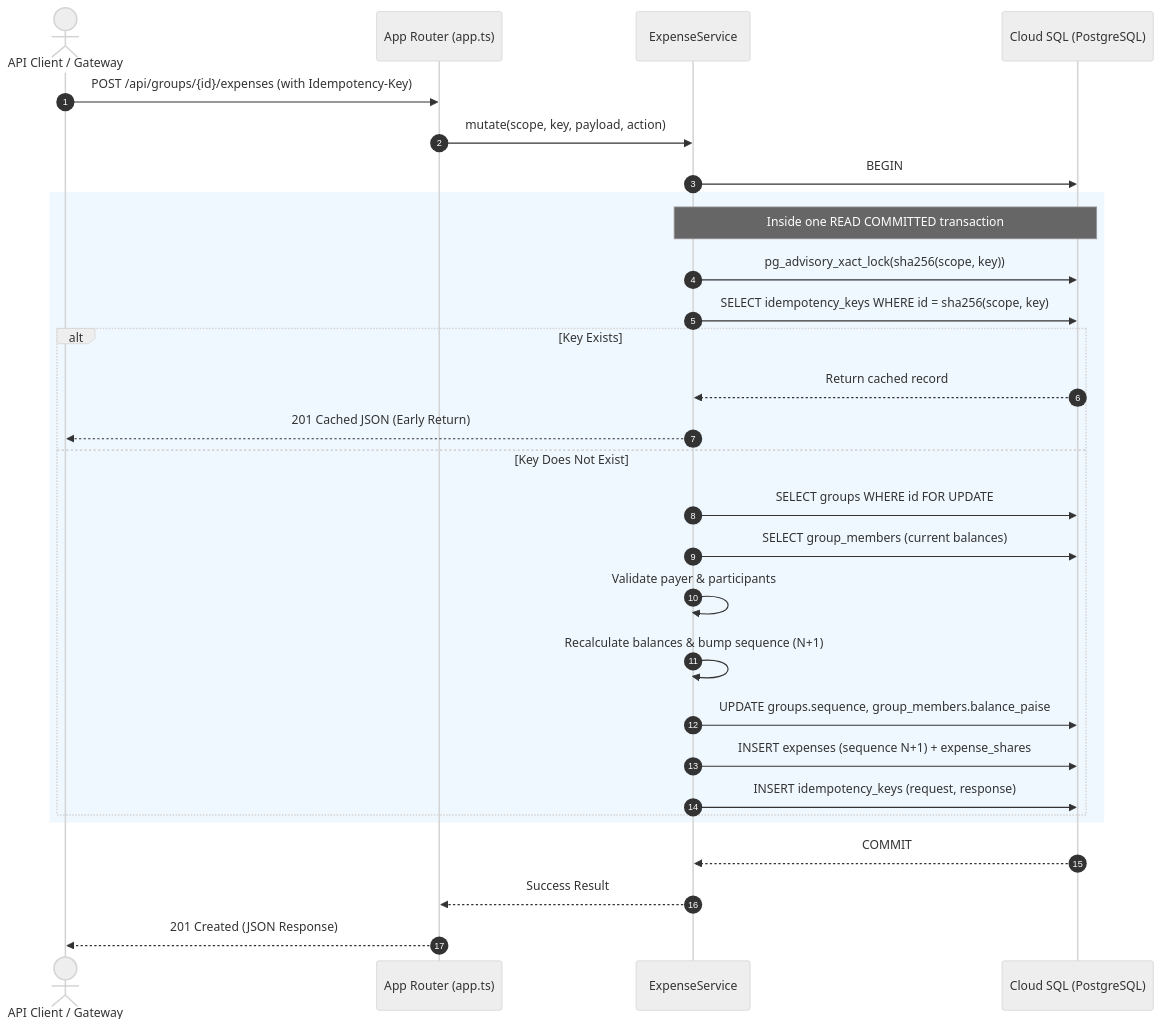
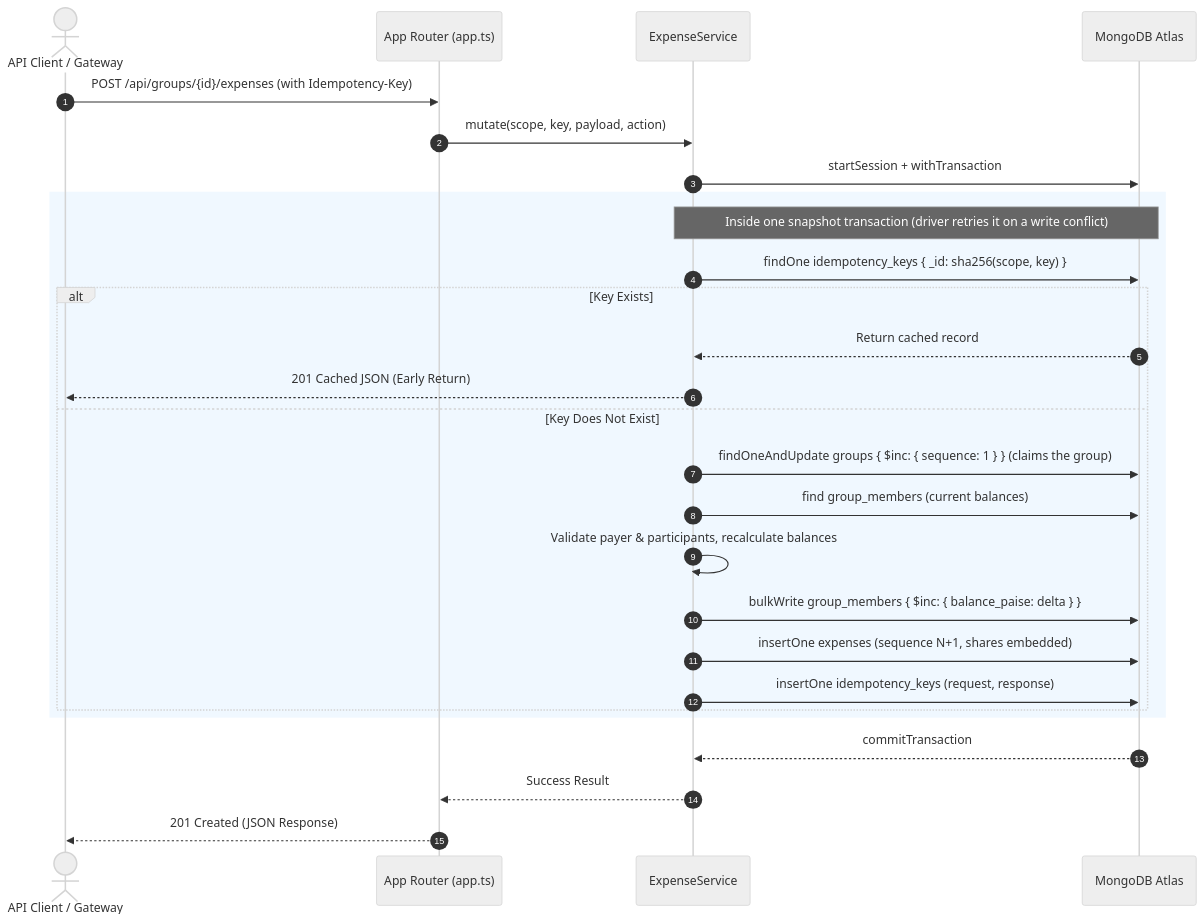
The third of 3 diagrams in backend/docs/expenses-architecture.md (sourabhbagrecha/ghoomMates), drawn with Mermaid (neutral theme) before and after one commit. The commit also changed other lines of this file and 108 other files, not shown here.

First line of the commit message:
feat: move the database from Cloud SQL Postgres to MongoDB Atlas

````diff
--- a/backend/docs/expenses-architecture.md
+++ b/backend/docs/expenses-architecture.md
@@ -154,34 +153,32 @@
 ```mermaid
 sequenceDiagram
     autonumber
     actor Client as API Client / Gateway
     participant Router as App Router (app.ts)
     participant Service as ExpenseService
-    participant DB as Cloud SQL (PostgreSQL)
+    participant DB as MongoDB Atlas
 
     Client->>Router: POST /api/groups/{id}/expenses (with Idempotency-Key)
     Router->>Service: mutate(scope, key, payload, action)
-    Service->>DB: BEGIN
+    Service->>DB: startSession + withTransaction
 
     rect rgb(240, 248, 255)
-        Note over Service,DB: Inside one READ COMMITTED transaction
-        Service->>DB: pg_advisory_xact_lock(sha256(scope, key))
-        Service->>DB: SELECT idempotency_keys WHERE id = sha256(scope, key)
+        Note over Service,DB: Inside one snapshot transaction (driver retries it on a write conflict)
+        Service->>DB: findOne idempotency_keys { _id: sha256(scope, key) }
         alt Key Exists
             DB-->>Service: Return cached record
             Service-->>Client: 201 Cached JSON (Early Return)
         else Key Does Not Exist
-            Service->>DB: SELECT groups WHERE id FOR UPDATE
-            Service->>DB: SELECT group_members (current balances)
-            Service->>Service: Validate payer & participants
-            Service->>Service: Recalculate balances & bump sequence (N+1)
-            Service->>DB: UPDATE groups.sequence, group_members.balance_paise
-            Service->>DB: INSERT expenses (sequence N+1) + expense_shares
-            Service->>DB: INSERT idempotency_keys (request, response)
+            Service->>DB: findOneAndUpdate groups { $inc: { sequence: 1 } } (claims the group)
+            Service->>DB: find group_members (current balances)
+            Service->>Service: Validate payer & participants, recalculate balances
+            Service->>DB: bulkWrite group_members { $inc: { balance_paise: delta } }
+            Service->>DB: insertOne expenses (sequence N+1, shares embedded)
+            Service->>DB: insertOne idempotency_keys (request, response)
         end
     end
 
-    DB-->>Service: COMMIT
+    DB-->>Service: commitTransaction
     Service-->>Router: Success Result
     Router-->>Client: 201 Created (JSON Response)
 ```
````
